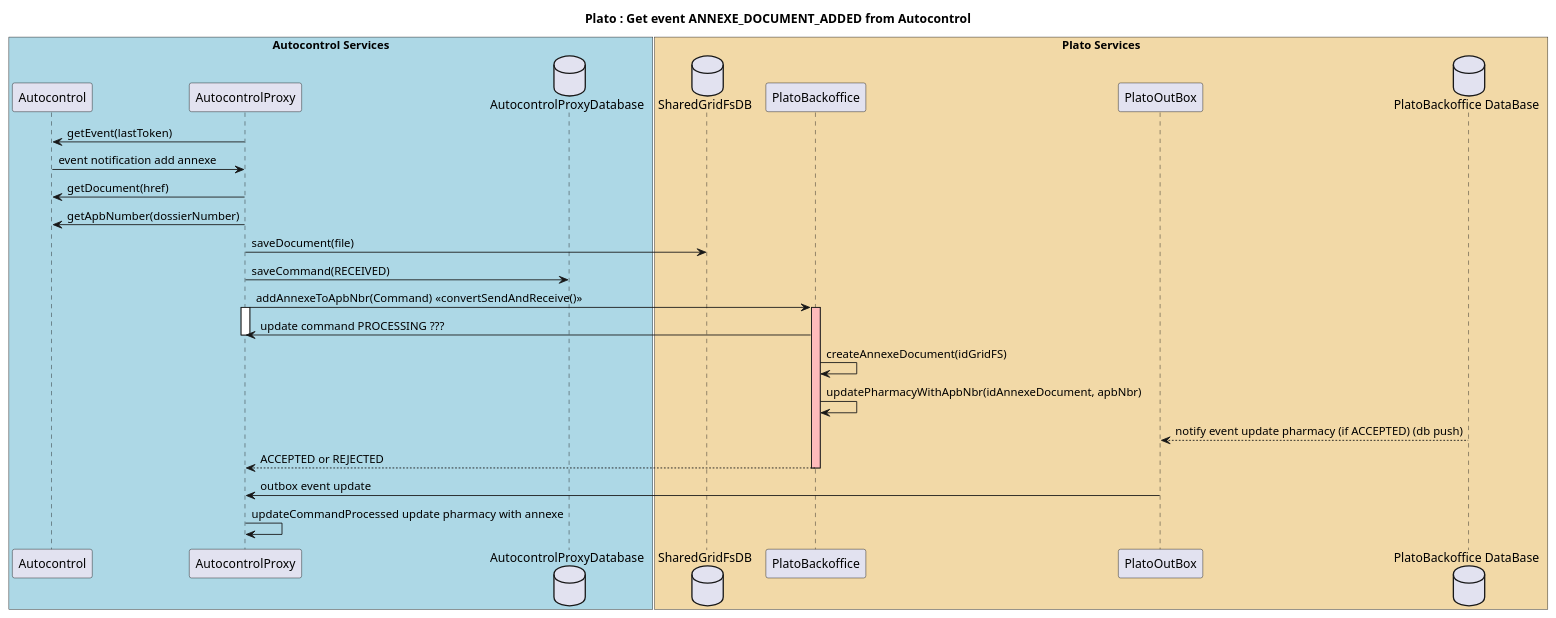
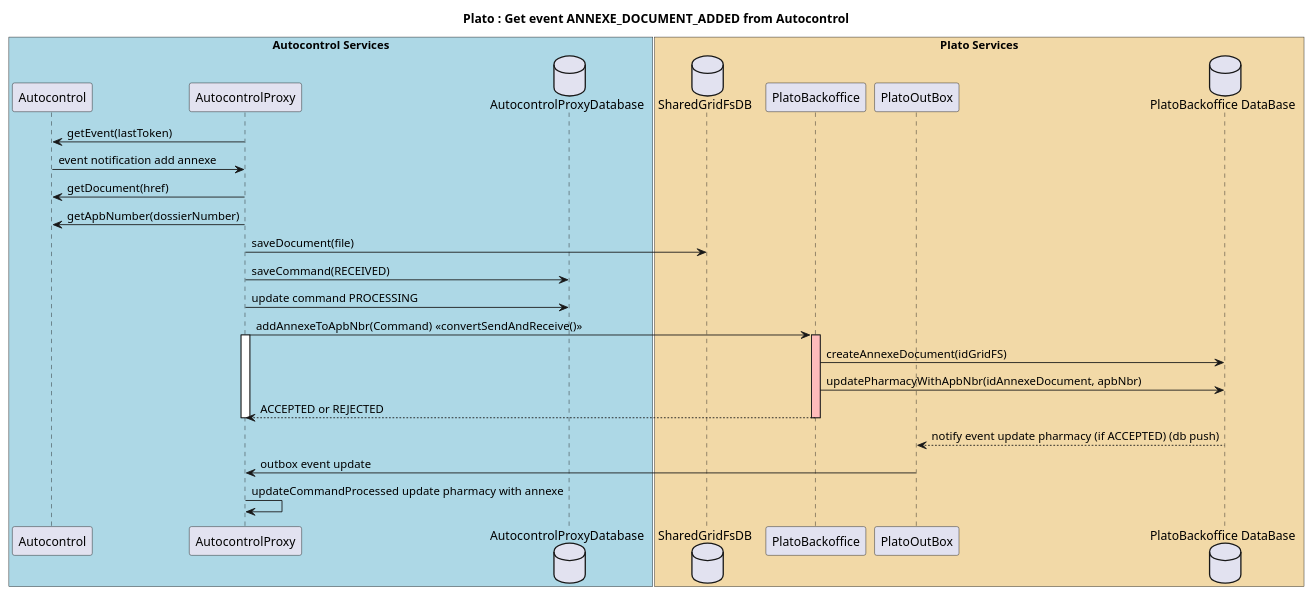
The diagram in src/docs/asciidoc/architecture/plantuml/annexe_autocontrolToPlato.puml (jv-it-io/archi-documentation), drawn with PlantUML before and after one commit. The commit also changed 4 other files, not shown here.

Commit message:
update diagram

```diff
--- a/src/docs/asciidoc/architecture/plantuml/annexe_autocontrolToPlato.puml
+++ b/src/docs/asciidoc/architecture/plantuml/annexe_autocontrolToPlato.puml
@@ -1,45 +1,44 @@
 @startuml
 title Plato : Get event ANNEXE_DOCUMENT_ADDED from Autocontrol
 
 box "Autocontrol Services" #LightBlue
 participant Autocontrol
 participant AutocontrolProxy
 database AutocontrolProxyDatabase
 end box
 
 box "Plato Services" #f2d9a7
 database SharedGridFsDB
 participant PlatoBackoffice
 participant PlatoOutBox
 database "PlatoBackoffice DataBase"
 end box
 Autocontrol <- AutocontrolProxy: getEvent(lastToken)
 Autocontrol -> AutocontrolProxy: event notification add annexe
 Autocontrol <- AutocontrolProxy: getDocument(href)
 Autocontrol <- AutocontrolProxy: getApbNumber(dossierNumber)
 AutocontrolProxy -> SharedGridFsDB: saveDocument(file)
 AutocontrolProxy -> AutocontrolProxyDatabase: saveCommand(RECEIVED)
 
+AutocontrolProxy -> AutocontrolProxyDatabase: update command PROCESSING
+AutocontrolProxy -> PlatoBackoffice: addAnnexeToApbNbr(Command) <<convertSendAndReceive()>>
 
-AutocontrolProxy -> PlatoBackoffice: addAnnexeToApbNbr(Command) <<convertSendAndReceive()>>
+
 activate AutocontrolProxy
     activate PlatoBackoffice #FFBBBB
-    PlatoBackoffice -> AutocontrolProxy: update command PROCESSING ???
 
-deactivate AutocontrolProxy
-
-
-    PlatoBackoffice -> PlatoBackoffice: createAnnexeDocument(idGridFS)
-    PlatoBackoffice -> PlatoBackoffice: updatePharmacyWithApbNbr(idAnnexeDocument, apbNbr)
-    PlatoOutBox <-- "PlatoBackoffice DataBase" : notify event update pharmacy (if ACCEPTED) (db push)
+    PlatoBackoffice -> "PlatoBackoffice DataBase": createAnnexeDocument(idGridFS)
+    PlatoBackoffice -> "PlatoBackoffice DataBase": updatePharmacyWithApbNbr(idAnnexeDocument, apbNbr)
     return ACCEPTED or REJECTED
     deactivate PlatoBackoffice
+deactivate AutocontrolProxy
+    PlatoOutBox <-- "PlatoBackoffice DataBase" : notify event update pharmacy (if ACCEPTED) (db push)
 
 PlatoOutBox -> AutocontrolProxy: outbox event update
 
 AutocontrolProxy -> AutocontrolProxy : updateCommandProcessed update pharmacy with annexe
 
 
 
 
 @enduml
```
